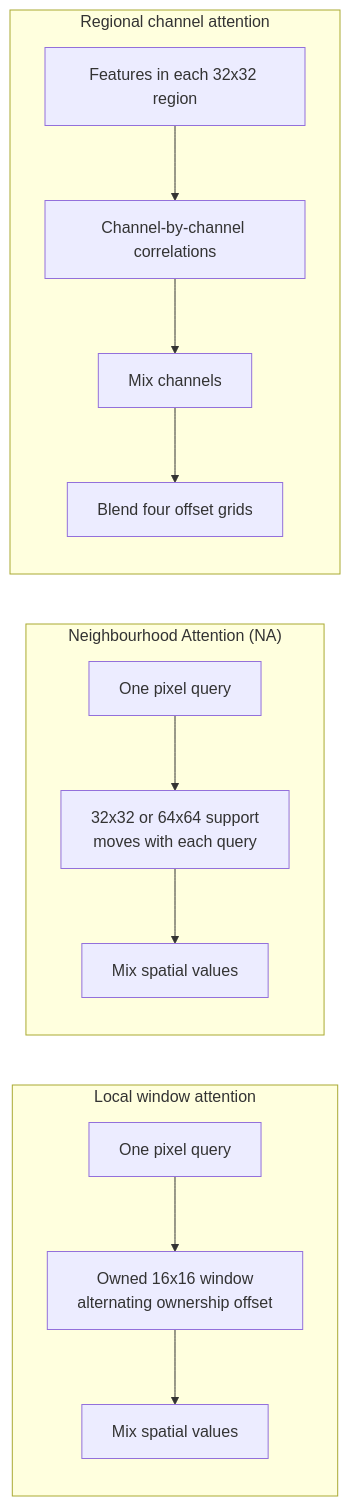
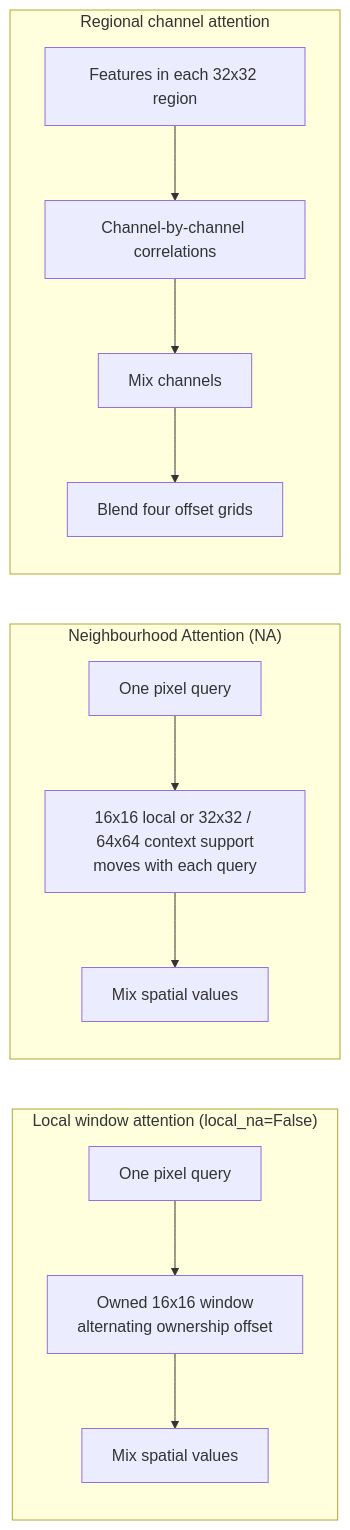
Before and after one commit to Rift73/DUAL: the second of 5 diagrams in README.md, drawn with Mermaid. The commit also changed other lines of this file and 1 other file, not shown here.

Commit message:
Add Neighbourhood Attention for local layers and cross-scale retrieval

````diff
--- a/README.md
+++ b/README.md
@@ -76,16 +76,16 @@
 ```mermaid
 flowchart LR
-  subgraph LOCAL["Local window attention"]
+  subgraph LOCAL["Local window attention (local_na=False)"]
     LQ["One pixel query"] --> LW["Owned 16x16 window<br/>alternating ownership offset"]
     LW --> LO["Mix spatial values"]
   end
   subgraph NEIGHBOR["Neighbourhood Attention (NA)"]
-    NQ["One pixel query"] --> NW["32x32 or 64x64 support<br/>moves with each query"]
+    NQ["One pixel query"] --> NW["16x16 local or 32x32 / 64x64 context support<br/>moves with each query"]
     NW --> NO["Mix spatial values"]
   end
   subgraph CHANNEL["Regional channel attention"]
     CQ["Features in each 32x32 region"] --> CG["Channel-by-channel correlations"]
     CG --> CV["Mix channels"]
     CV --> CB["Blend four offset grids"]
   end
 ```
````
